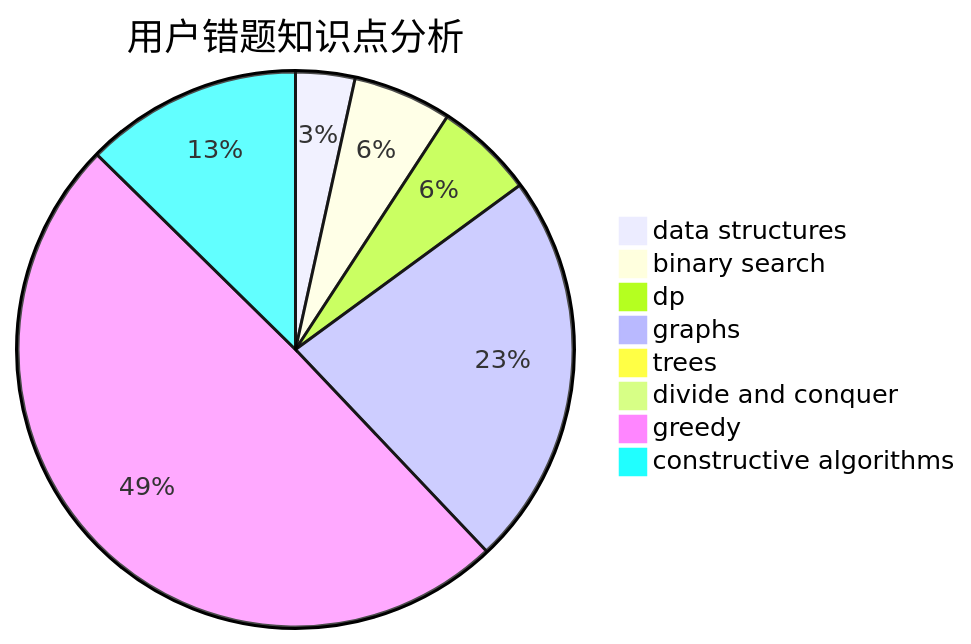
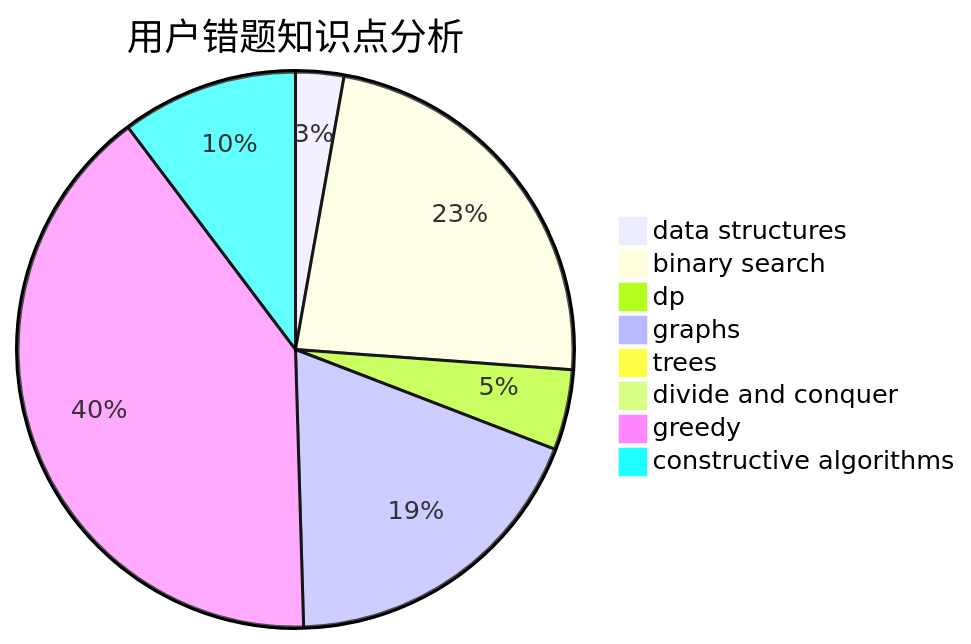
One commit to sherpahu/cfrs.github.io changed the third of 3 diagrams in docs/user/u54.md. Above: the diagram before and after it, drawn with Mermaid. The commit also changed other lines of this file and 2770 other files, not shown here.

````diff
--- a/docs/user/u54.md
+++ b/docs/user/u54.md
@@ -36,11 +36,11 @@
 ```mermaid
 pie title 用户错题知识点分析
     "data structures" :  3
-    "binary search" :  5
+    "binary search" :  25
     "dp" :  5
     "graphs" :  20
     "trees" :  0
     "divide and conquer" :  0
     "greedy" :  43
     "constructive algorithms" :  11
 ```
````
